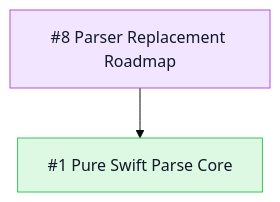
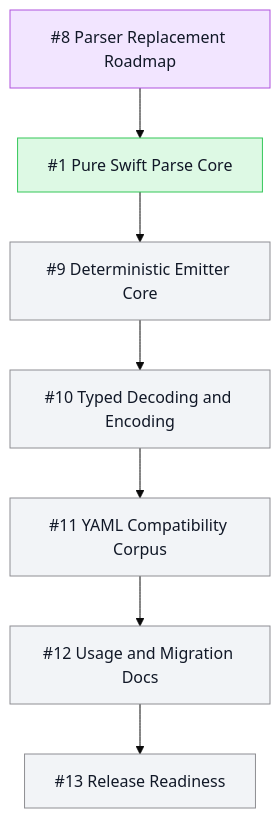
One commit to mihaelamj/PureYAML changed the second of 3 diagrams in README.md. Above: the diagram before and after it, drawn with Mermaid (base theme).

Commit message:
docs(readme): add parser roadmap epics

````diff
--- a/README.md
+++ b/README.md
@@ -41,10 +41,20 @@
 ```mermaid
 flowchart TB
   classDef done fill:#ddf9e4,stroke:#34c759,color:#111827
   classDef review fill:#fff7d6,stroke:#ffcc00,color:#111827
   classDef epic fill:#f2e5ff,stroke:#af52de,color:#111827
   classDef todo fill:#f2f4f7,stroke:#8e8e93,color:#111827
   SuperEpic8["#8 Parser Replacement Roadmap"]:::epic
   Epic1["#1 Pure Swift Parse Core"]:::done
+  Epic9["#9 Deterministic Emitter Core"]:::todo
+  Epic10["#10 Typed Decoding and Encoding"]:::todo
+  Epic11["#11 YAML Compatibility Corpus"]:::todo
+  Epic12["#12 Usage and Migration Docs"]:::todo
+  Epic13["#13 Release Readiness"]:::todo
   SuperEpic8 --> Epic1
+  Epic1 --> Epic9
+  Epic9 --> Epic10
+  Epic10 --> Epic11
+  Epic11 --> Epic12
+  Epic12 --> Epic13
 ```
````
